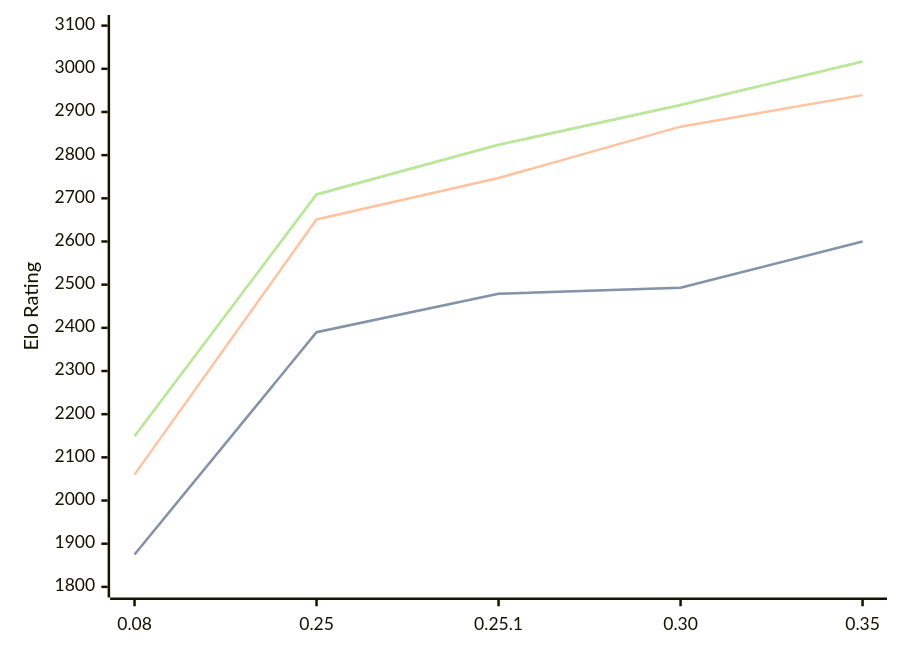
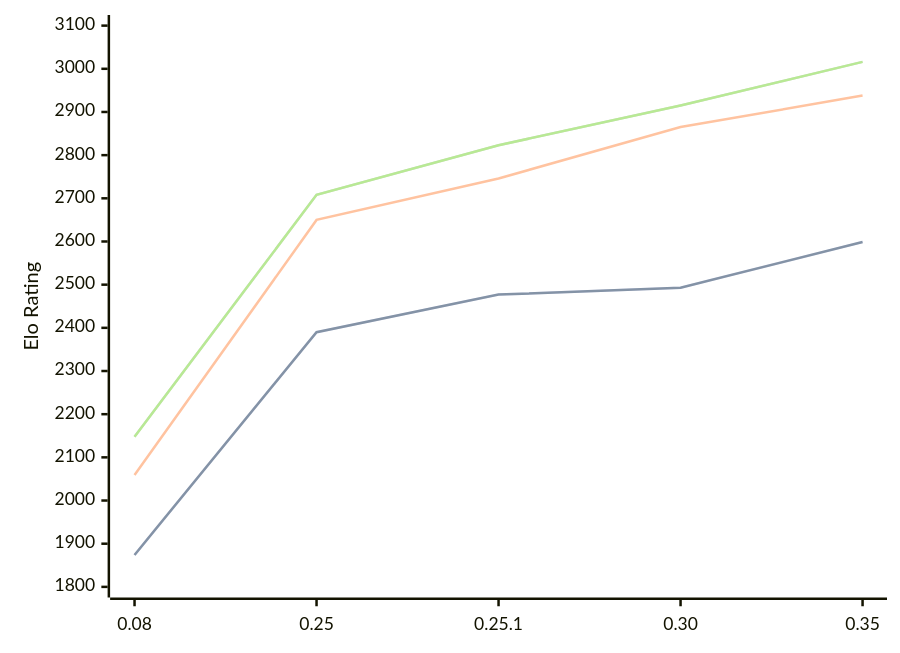
One commit to computer-chess-index/cci changed the diagram in engines/Gecko.md. Above: the diagram before and after it, drawn with Mermaid. The commit also changed other lines of this file, not shown here.

Commit message:
Update CCI Ratings (ELO VLTC) - 2026-06-07

````diff
--- a/engines/Gecko.md
+++ b/engines/Gecko.md
@@ -35,11 +35,11 @@
 ```mermaid
 %%{init: {"theme":"base","themeVariables":{"seriesColors:['#a3a3a3','#222221','#faa371']}}}%%
 xychart-beta
   x-axis ["0.08", "0.25", "0.25.1", "0.30", "0.35"]
   y-axis "Elo Rating" 1800 --> 3100
-  line "STC (8.0+0.08s)" [1875, 2390, 2479, 2493, 2600]
-  line "STC (8.0+0.08s)" [1875, 2390, 2479, 2493, 2600]
-  line "LTC (60.0+0.60s)" [2060, 2651, 2747, 2866, 2939]
-  line "VLTC (2m24s+1.12s)" [2149, 2709, 2824, 2916, 3017]
-  line "VLTC (2m24s+1.12s)" [2149, 2709, 2824, 2916, 3017]
+  line "STC (8.0+0.08s)" [1874, 2390, 2477, 2493, 2599]
+  line "STC (8.0+0.08s)" [1874, 2390, 2477, 2493, 2599]
+  line "LTC (60.0+0.60s)" [2059, 2650, 2746, 2865, 2938]
+  line "VLTC (2m24s+1.12s)" [2148, 2708, 2823, 2915, 3016]
+  line "VLTC (2m24s+1.12s)" [2148, 2708, 2823, 2915, 3016]
 ```
````
